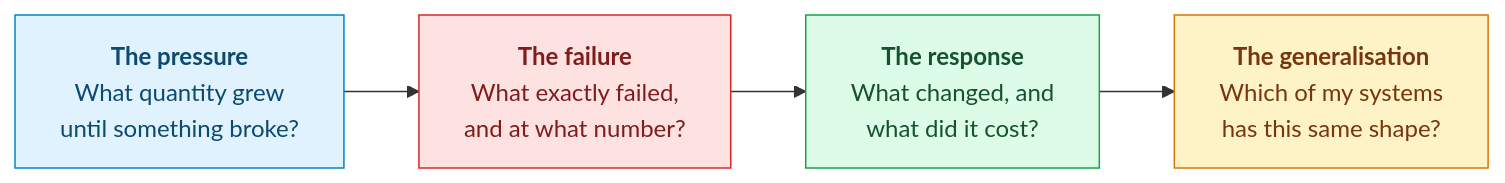
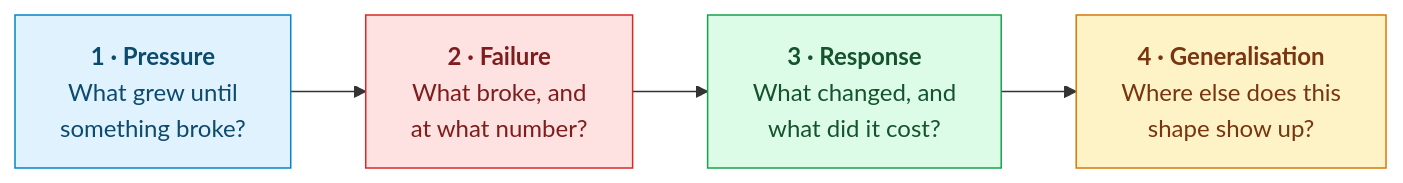
One commit to devops-monk/system-design-blog changed the first of 2 diagrams in content/posts/2026/what-to-read-next.md. Above: the diagram before and after it, drawn with Mermaid. The commit also changed other lines of this file and 2 other files, not shown here.

````diff
--- a/content/posts/2026/what-to-read-next.md
+++ b/content/posts/2026/what-to-read-next.md
@@ -59,14 +28,14 @@
 ```mermaid
 flowchart LR
-    P["<b>The pressure</b><br/>What quantity grew<br/>until something broke?"]
-    F["<b>The failure</b><br/>What exactly failed,<br/>and at what number?"]
-    R["<b>The response</b><br/>What changed, and<br/>what did it cost?"]
-    G["<b>The generalisation</b><br/>Which of my systems<br/>has this same shape?"]
+    P["<b>1 · Pressure</b><br/>What grew until<br/>something broke?"]
+    F["<b>2 · Failure</b><br/>What broke, and<br/>at what number?"]
+    R["<b>3 · Response</b><br/>What changed, and<br/>what did it cost?"]
+    G["<b>4 · Generalisation</b><br/>Where else does this<br/>shape show up?"]
 
     P --> F --> R --> G
 
     style P fill:#e0f2fe,stroke:#0284c7,color:#0c4a6e
     style F fill:#fee2e2,stroke:#dc2626,color:#7f1d1d
     style R fill:#dcfce7,stroke:#16a34a,color:#14532d
     style G fill:#fef3c7,stroke:#d97706,color:#78350f
 ```
````
